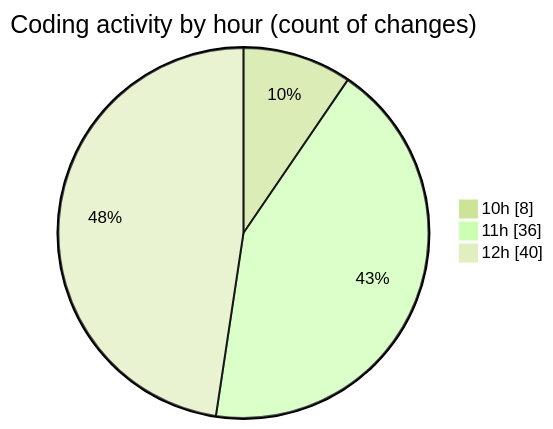
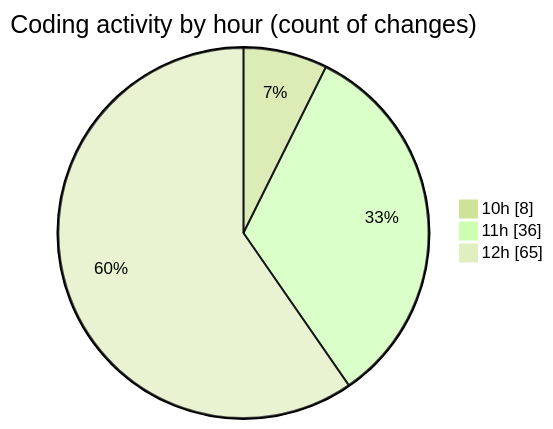
One commit to CELIANVF/code-tracking changed the second of 2 diagrams in 2025-05-16/python_app_deploy/README.md. Above: the diagram before and after it, drawn with Mermaid (forest theme). The commit also changed other lines of this file and 1 other file, not shown here.

````diff
--- a/2025-05-16/python_app_deploy/README.md
+++ b/2025-05-16/python_app_deploy/README.md
@@ -50,7 +53,7 @@
 ```mermaid
 pie showData
 title Coding activity by hour (count of changes)
 "10h" : 8
 "11h" : 36
-"12h" : 40
+"12h" : 65
 ```
````
